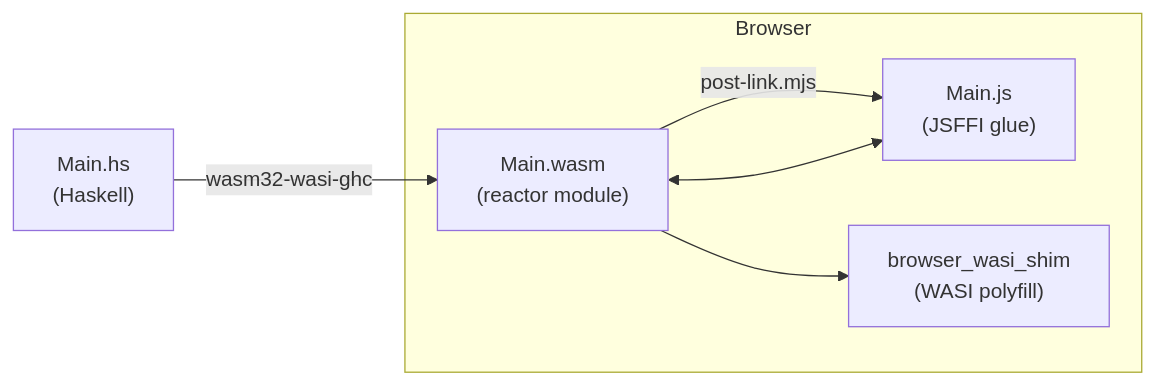
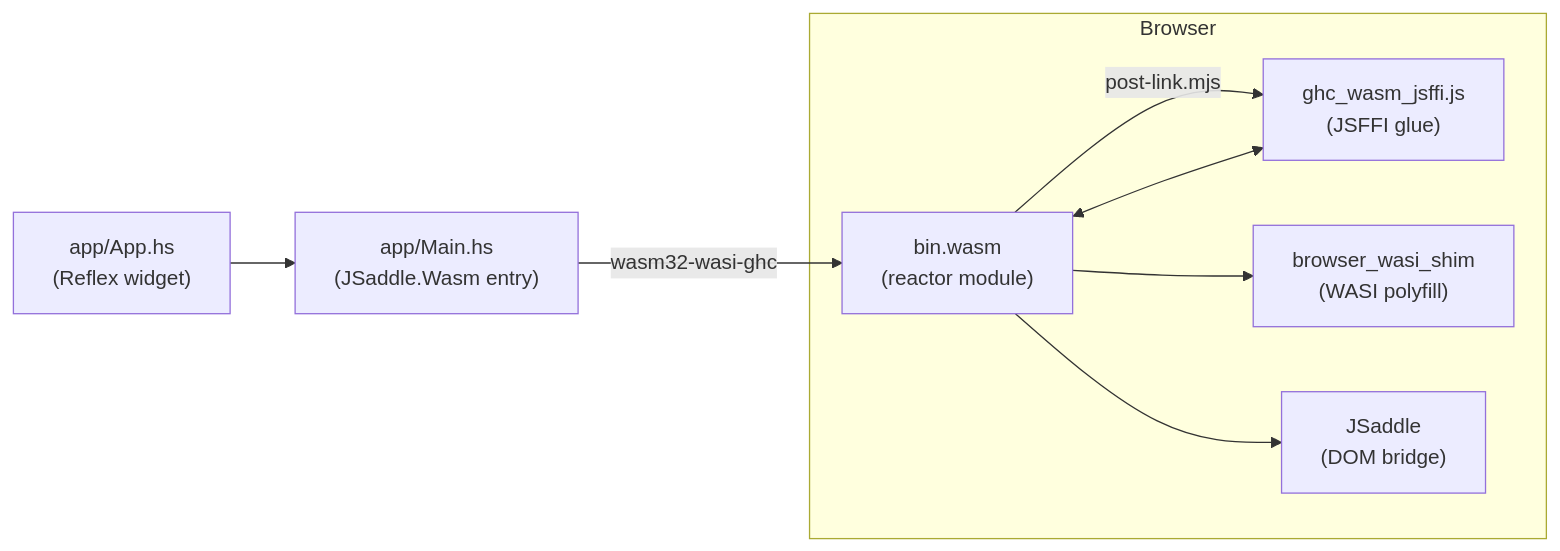
The diagram in README.md (srid/haskell-wasm-template), drawn with Mermaid before and after one commit. The commit also changed other lines of this file and 10 other files, not shown here.

First line of the commit message:
Convert to Reflex FRP with JSaddle-WASM

````diff
--- a/README.md
+++ b/README.md
@@ -35,13 +39,16 @@
 ```mermaid
 flowchart LR
-    A["Main.hs<br>(Haskell)"] -->|wasm32-wasi-ghc| B["Main.wasm<br>(reactor module)"]
-    B -->|post-link.mjs| C["Main.js<br>(JSFFI glue)"]
+    A["app/App.hs<br>(Reflex widget)"] --> B["app/Main.hs<br>(JSaddle.Wasm entry)"]
+    B -->|wasm32-wasi-ghc| C["bin.wasm<br>(reactor module)"]
+    C -->|post-link.mjs| D["ghc_wasm_jsffi.js<br>(JSFFI glue)"]
 
     subgraph Browser
-        B
         C
-        D["browser_wasi_shim<br>(WASI polyfill)"]
-        B <--> C
-        B --> D
+        D
+        E["browser_wasi_shim<br>(WASI polyfill)"]
+        F["JSaddle<br>(DOM bridge)"]
+        C <--> D
+        C --> E
+        C --> F
     end
 ```
````
